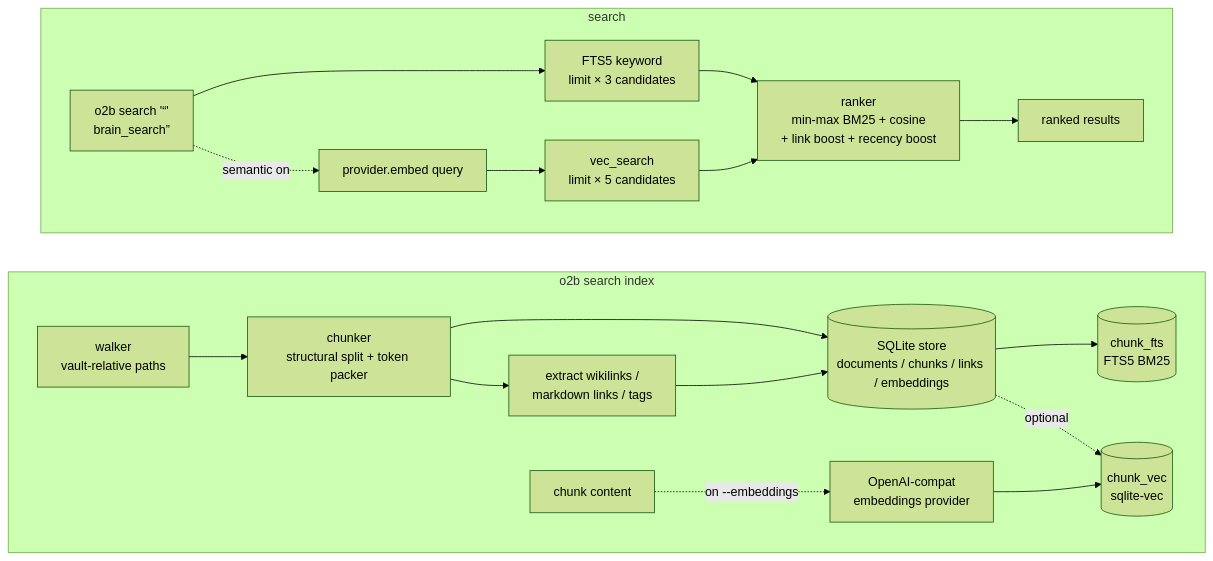
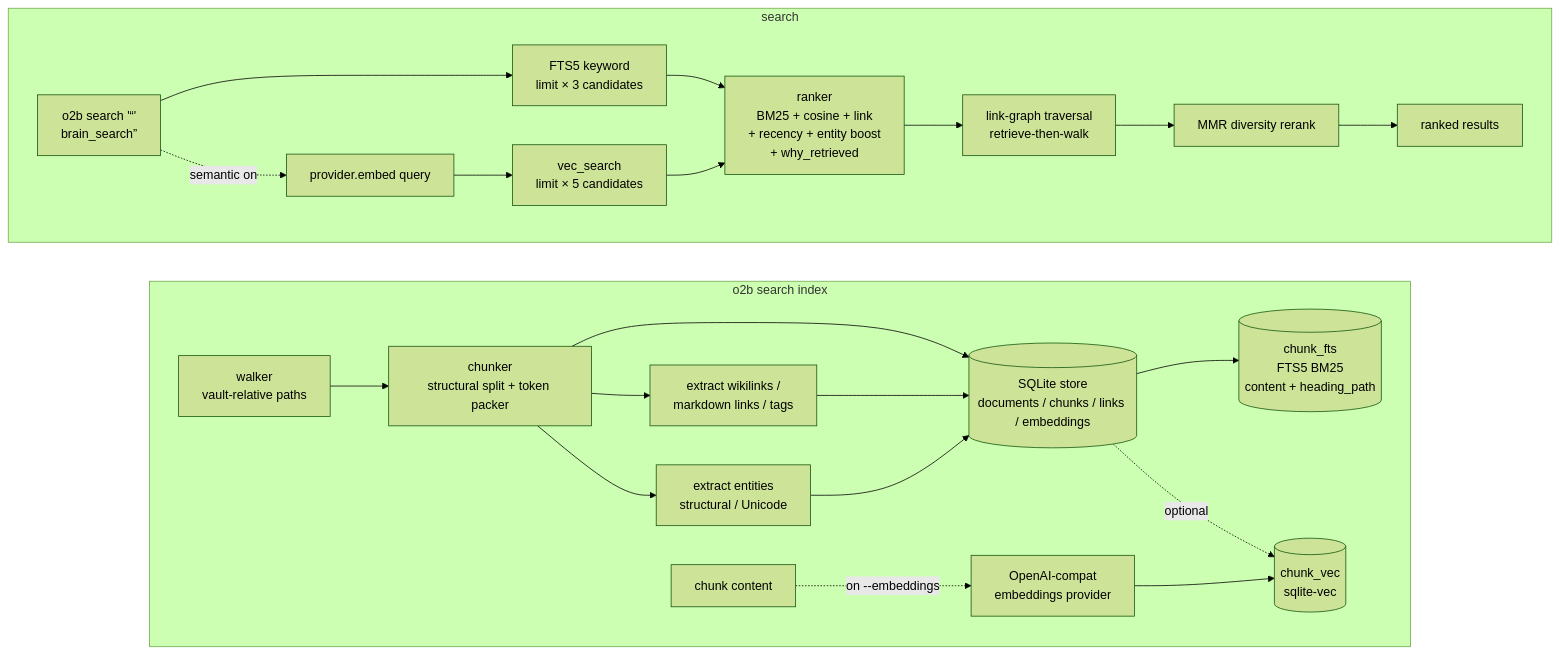
Before and after one commit to itechmeat/open-second-brain: the tenth of 12 diagrams in docs/how-it-works.md, drawn with Mermaid (forest theme). The commit also changed other lines of this file and 49 other files, not shown here.

First line of the commit message:
v0.13.0 - Hybrid Search and Recall Quality: explainable recall, MMR, link traversal, entity boost, header anchoring (#37)

````diff
--- a/docs/how-it-works.md
+++ b/docs/how-it-works.md
@@ -596,24 +596,28 @@
 ```mermaid
 flowchart LR
     subgraph Build [o2b search index]
         direction LR
         Walker[walker<br/>vault-relative paths] --> Chunker[chunker<br/>structural split + token packer]
         Chunker --> Store[(SQLite store<br/>documents / chunks / links / embeddings)]
         Chunker --> Links[extract wikilinks /<br/>markdown links / tags]
         Links --> Store
-        Store --> FTS[(chunk_fts<br/>FTS5 BM25)]
+        Store --> FTS[(chunk_fts<br/>FTS5 BM25<br/>content + heading_path)]
         Store -.optional.-> Vec[(chunk_vec<br/>sqlite-vec)]
+        Chunker --> Ents[extract entities<br/>structural / Unicode]
+        Ents --> Store
         Texts[chunk content] -. on --embeddings .-> Provider[OpenAI-compat<br/>embeddings provider]
         Provider --> Vec
     end
 
     subgraph Query [search]
         direction LR
         Q["o2b search '<q>'<br/>brain_search"] --> KW[FTS5 keyword<br/>limit × 3 candidates]
         Q -. semantic on .-> SemQ[provider.embed query]
         SemQ --> SemS[vec_search<br/>limit × 5 candidates]
-        KW --> Ranker[ranker<br/>min-max BM25 + cosine<br/>+ link boost + recency boost]
+        KW --> Ranker[ranker<br/>BM25 + cosine + link<br/>+ recency + entity boost<br/>+ why_retrieved]
         SemS --> Ranker
-        Ranker --> Results[ranked results]
+        Ranker --> Trav[link-graph traversal<br/>retrieve-then-walk]
+        Trav --> MMR[MMR diversity rerank]
+        MMR --> Results[ranked results]
     end
 ```
````
